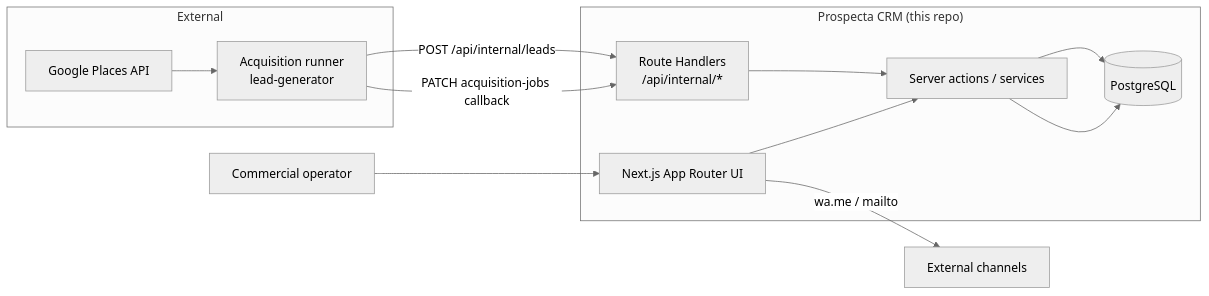
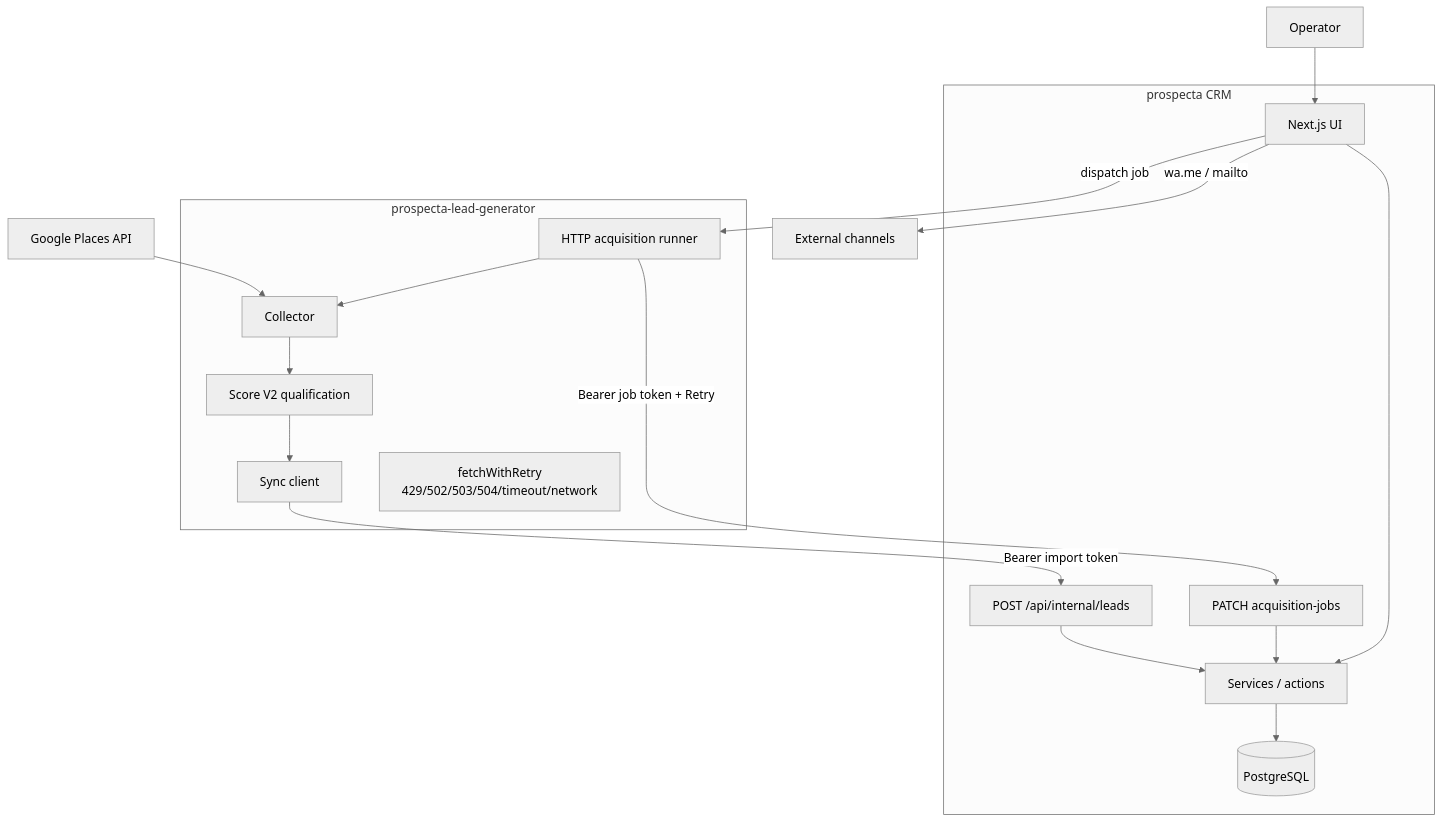
The diagram in docs/prospecta/PROSPECTA_ENGINEERING_CASE.md (TraffikPro/prospecta), drawn with Mermaid (neutral theme) before and after one commit. The commit also changed other lines of this file and 11 other files, not shown here.

````diff
--- a/docs/prospecta/PROSPECTA_ENGINEERING_CASE.md
+++ b/docs/prospecta/PROSPECTA_ENGINEERING_CASE.md
@@ -100,24 +90,31 @@
 ```mermaid
-flowchart LR
-  subgraph External
-    Places[Google Places API]
-    Runner[Acquisition runner<br/>lead-generator]
+flowchart TB
+  Places[Google Places API]
+
+  subgraph GeneratorRepo["prospecta-lead-generator"]
+    Collect[Collector]
+    Qualify[Score V2 qualification]
+    Sync[Sync client]
+    Runner[HTTP acquisition runner]
+    Retry[fetchWithRetry<br/>429/502/503/504/timeout/network]
   end
 
-  subgraph ProspectaCRM["Prospecta CRM (this repo)"]
-    UI[Next.js App Router UI]
-    Actions[Server actions / services]
-    API["Route Handlers<br/>/api/internal/*"]
+  subgraph CrmRepo["prospecta CRM"]
+    UI[Next.js UI]
+    IngestAPI["POST /api/internal/leads"]
+    CallbackAPI["PATCH acquisition-jobs"]
+    Services[Services / actions]
     DB[(PostgreSQL)]
   end
 
-  Operator[Commercial operator] --> UI
-  UI --> Actions
-  Actions --> DB
-  Places --> Runner
-  Runner -->|POST /api/internal/leads| API
-  Runner -->|PATCH acquisition-jobs callback| API
-  API --> Actions
-  Actions --> DB
+  Operator[Operator] --> UI
+  UI -->|dispatch job| Runner
+  Places --> Collect --> Qualify --> Sync
+  Runner --> Collect
+  Sync -->|Bearer import token| IngestAPI
+  Runner -->|Bearer job token + Retry| CallbackAPI
+  IngestAPI --> Services --> DB
+  CallbackAPI --> Services
+  UI --> Services
   UI -->|wa.me / mailto| Channels[External channels]
 ```
````
